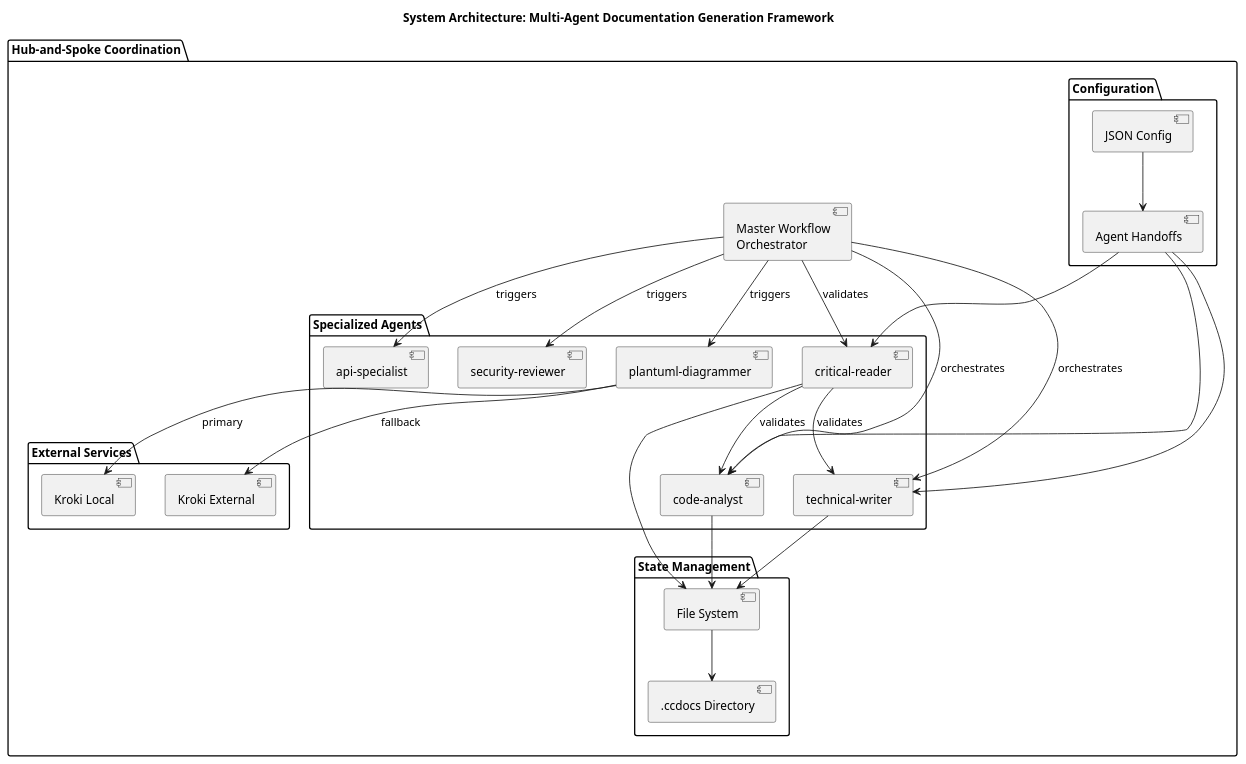
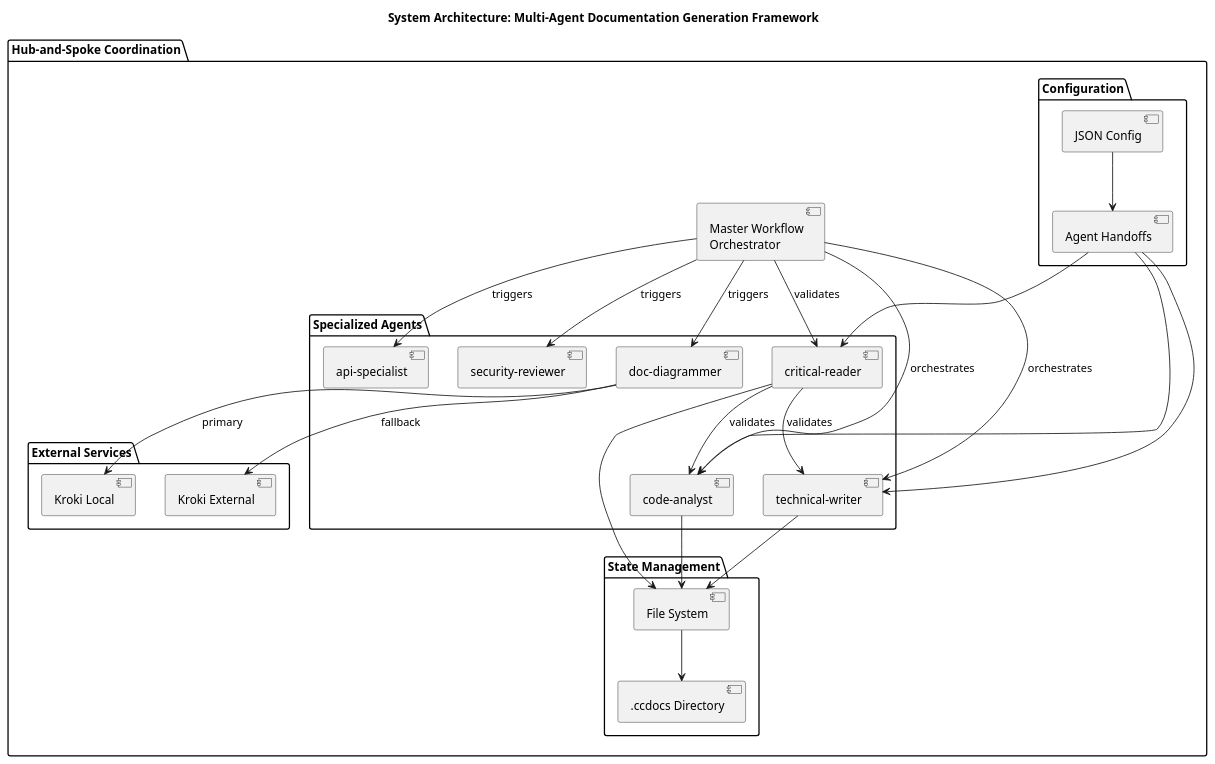
Before and after one commit to ssmirnovpro/claude-code-documentation-crew: the diagram in docs/assets/system-architecture-overview.puml, drawn with PlantUML. The commit also changed 14 other files, not shown here.

Commit message:
diagrammer renamed

```diff
--- a/docs/assets/system-architecture-overview.puml
+++ b/docs/assets/system-architecture-overview.puml
@@ -1,55 +1,55 @@
 @startuml
 title System Architecture: Multi-Agent Documentation Generation Framework
 
 package "Hub-and-Spoke Coordination" {
   component [Master Workflow\nOrchestrator] as MasterWorkflow
   
   package "Specialized Agents" {
     component [code-analyst] as CodeAnalyst
     component [technical-writer] as TechnicalWriter
     component [critical-reader] as CriticalReader
     component [api-specialist] as ApiSpecialist
     component [security-reviewer] as SecurityReviewer
-    component [plantuml-diagrammer] as PlantUMLDiagrammer
+    component [doc-diagrammer] as DocDiagrammer
   }
   
   package "Configuration" {
     component [JSON Config] as JsonConfig
     component [Agent Handoffs] as AgentHandoffs
   }
   
   package "State Management" {
     database [File System] as FileSystem
     component [.ccdocs Directory] as CcdocsDir
   }
   
   package "External Services" {
     cloud [Kroki Local] as KrokiLocal
     cloud [Kroki External] as KrokiExternal
   }
 }
 
 MasterWorkflow --> CodeAnalyst : orchestrates
 MasterWorkflow --> TechnicalWriter : orchestrates
 MasterWorkflow --> CriticalReader : validates
 MasterWorkflow --> ApiSpecialist : triggers
 MasterWorkflow --> SecurityReviewer : triggers
-MasterWorkflow --> PlantUMLDiagrammer : triggers
+MasterWorkflow --> DocDiagrammer : triggers
 
 JsonConfig --> AgentHandoffs
 AgentHandoffs --> CodeAnalyst
 AgentHandoffs --> TechnicalWriter
 AgentHandoffs --> CriticalReader
 
 FileSystem --> CcdocsDir
 CodeAnalyst --> FileSystem
 TechnicalWriter --> FileSystem
 CriticalReader --> FileSystem
 
-PlantUMLDiagrammer --> KrokiLocal : primary
-PlantUMLDiagrammer --> KrokiExternal : fallback
+DocDiagrammer --> KrokiLocal : primary
+DocDiagrammer --> KrokiExternal : fallback
 
 CriticalReader --> CodeAnalyst : validates
 CriticalReader --> TechnicalWriter : validates
 
 @enduml
```
